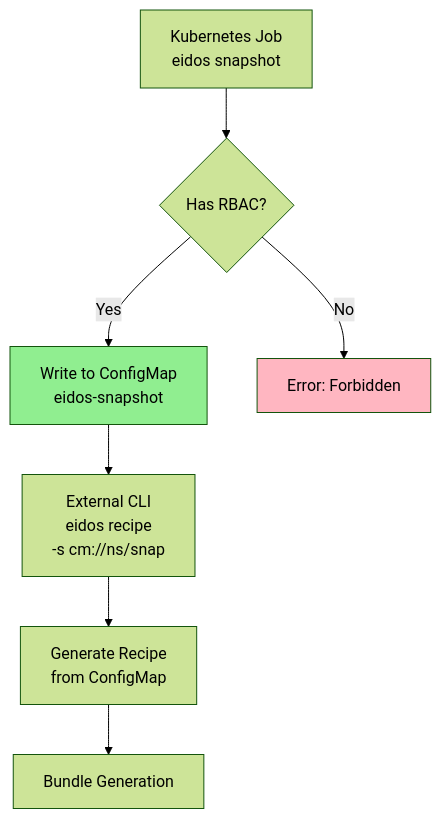
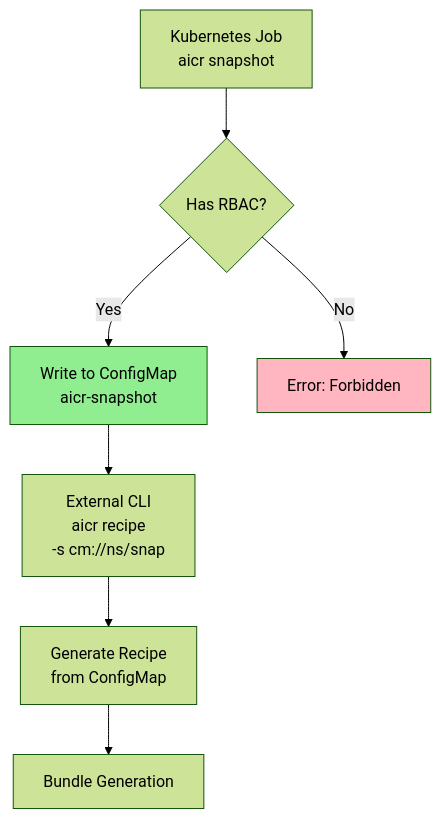
The fifth of 17 diagrams in docs/contributor/cli.md (hkii/aicr), drawn with Mermaid (forest theme) before and after one commit. The commit also changed other lines of this file and 381 other files, not shown here.

First line of the commit message:
rename: eidos → aicr (AI Cluster Runtime)

````diff
--- a/docs/contributor/cli.md
+++ b/docs/contributor/cli.md
@@ -322,15 +322,15 @@
 ```mermaid
 flowchart TD
-    A["Kubernetes Job<br/>eidos snapshot"] --> B{"Has RBAC?"}
-    B -->|Yes| C["Write to ConfigMap<br/>eidos-snapshot"]
+    A["Kubernetes Job<br/>aicr snapshot"] --> B{"Has RBAC?"}
+    B -->|Yes| C["Write to ConfigMap<br/>aicr-snapshot"]
     B -->|No| D["Error: Forbidden"]
     
-    C --> E["External CLI<br/>eidos recipe<br/>-s cm://ns/snap"]
+    C --> E["External CLI<br/>aicr recipe<br/>-s cm://ns/snap"]
     
     E --> F["Generate Recipe<br/>from ConfigMap"]
     
     F --> G["Bundle Generation"]
     
     style C fill:#90EE90
     style D fill:#FFB6C1
 ```
````
